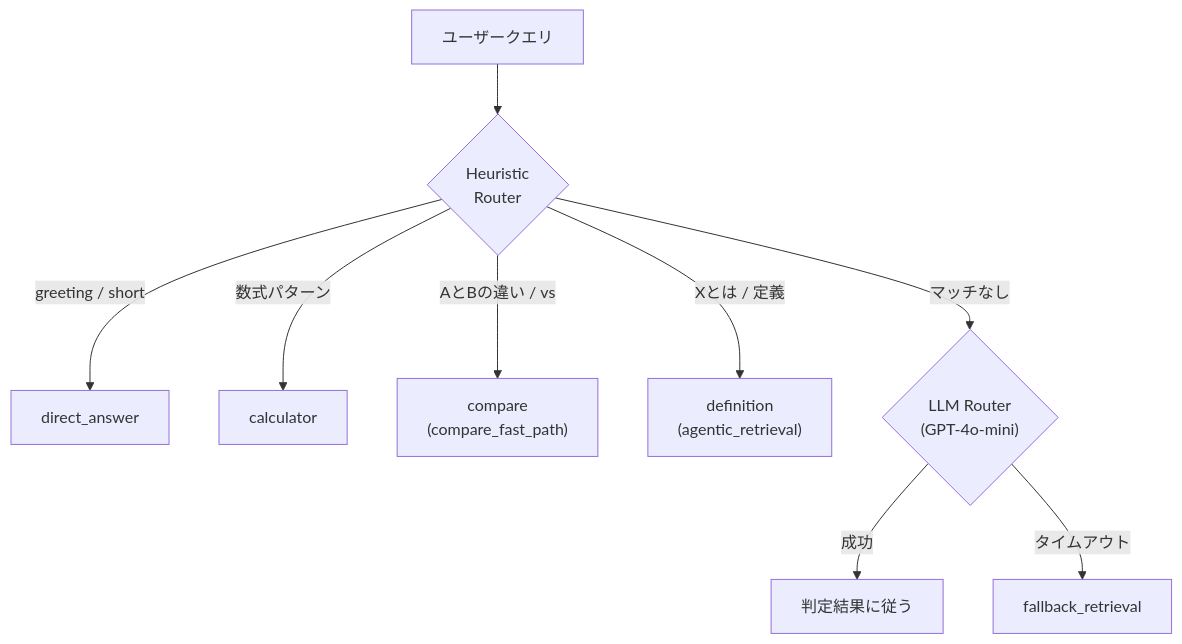
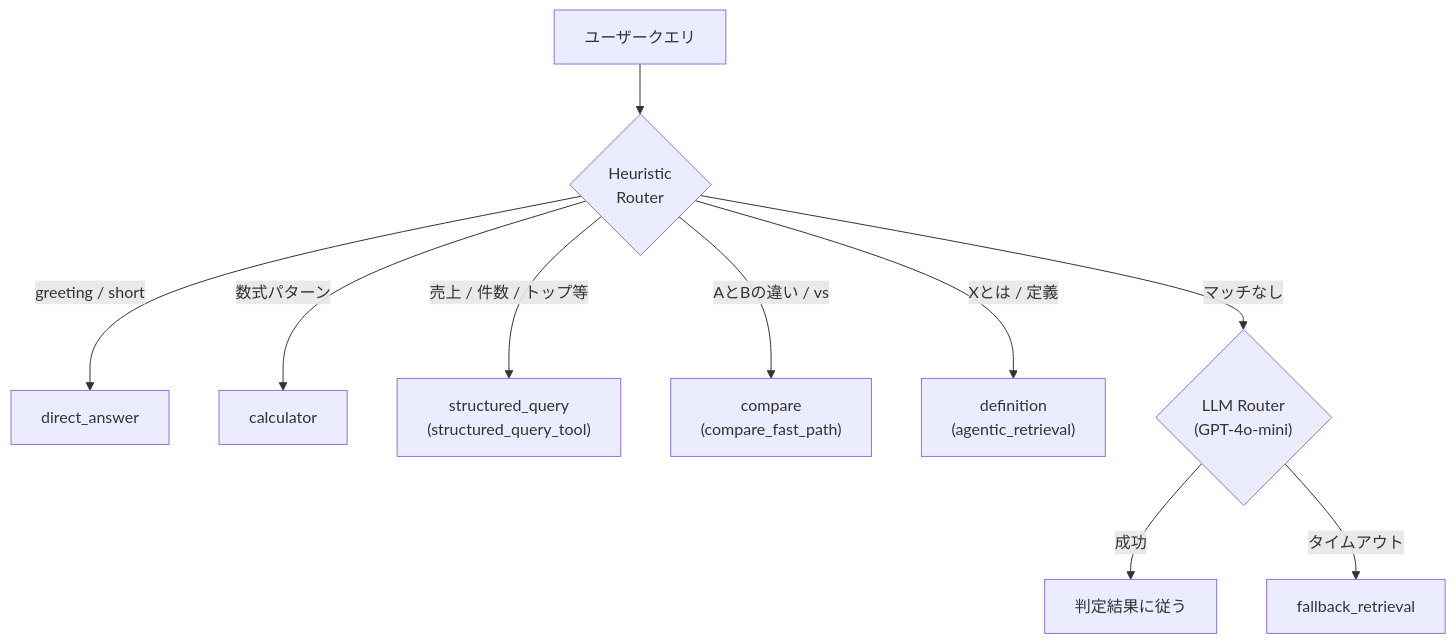
One commit to mlprototype/ai-agent-rag changed the third of 7 diagrams in README.md. Above: the diagram before and after it, drawn with Mermaid. The commit also changed other lines of this file and 32 other files, not shown here.

Commit message:
feat: implement SQLite-backed structured query execution with read-only safety and specialized formatter

````diff
--- a/README.md
+++ b/README.md
@@ -201,11 +210,12 @@
 ```mermaid
 flowchart TD
     Q["ユーザークエリ"] --> H{"Heuristic<br/>Router"}
     H -->|"greeting / short"| D["direct_answer"]
     H -->|"数式パターン"| C["calculator"]
+    H -->|"売上 / 件数 / トップ等"| SQ["structured_query<br/>(structured_query_tool)"]
     H -->|"AとBの違い / vs"| CMP["compare<br/>(compare_fast_path)"]
     H -->|"Xとは / 定義"| DEF["definition<br/>(agentic_retrieval)"]
     H -->|"マッチなし"| LLM{"LLM Router<br/>(GPT-4o-mini)"}
     LLM -->|"成功"| RES["判定結果に従う"]
     LLM -->|"タイムアウト"| FB["fallback_retrieval"]
 ```
````
